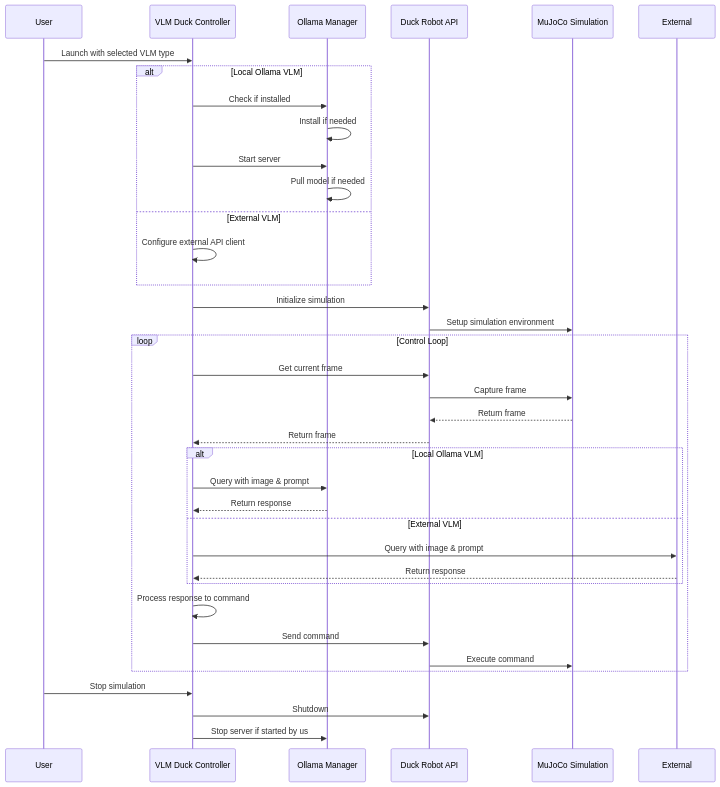
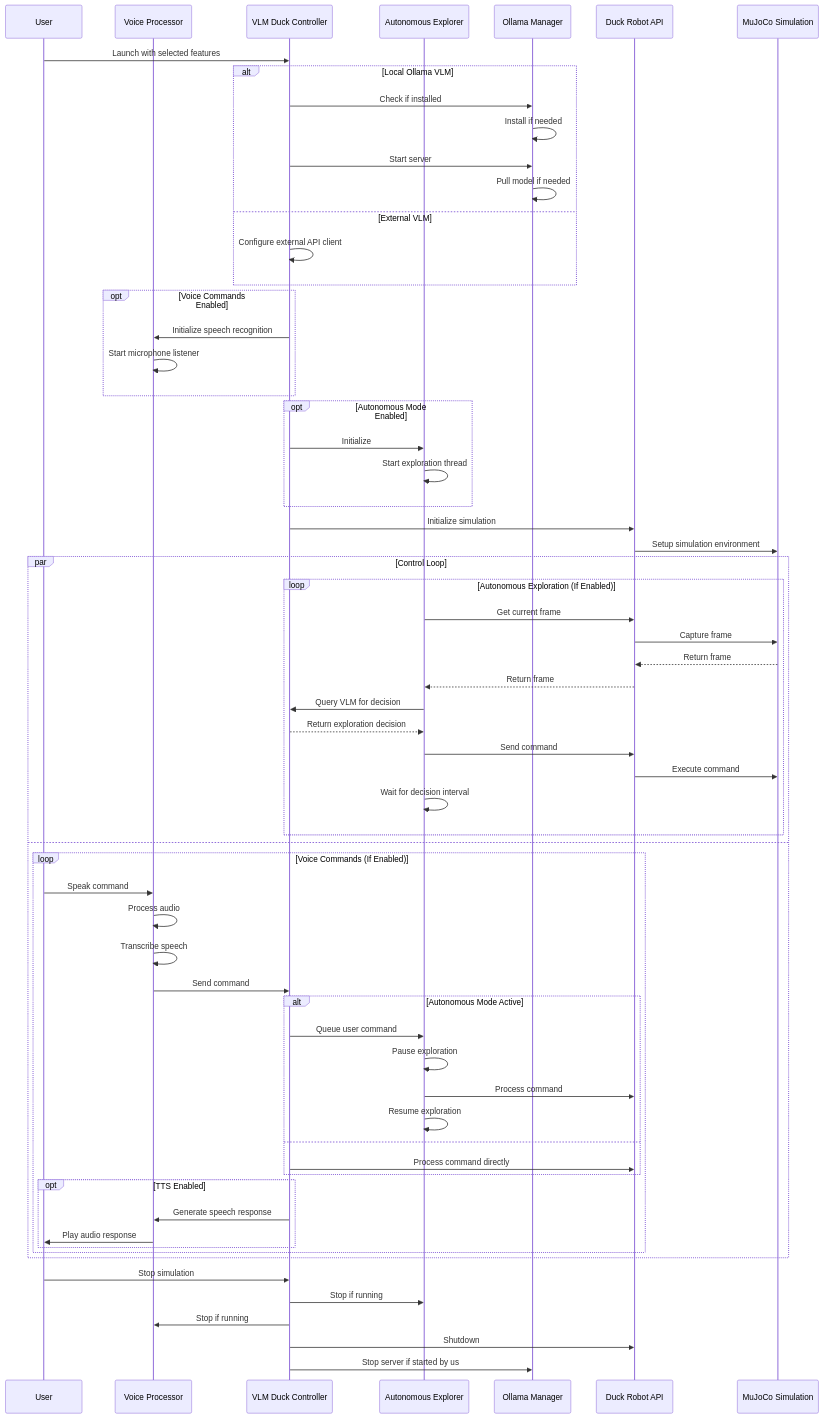
Before and after one commit to Aronnaxx/d00t: the second of 3 diagrams in README.md, drawn with Mermaid. The commit also changed other lines of this file and 4 other files, not shown here.

````diff
--- a/README.md
+++ b/README.md
@@ -36,45 +45,75 @@
 ```mermaid
 sequenceDiagram
     participant User
+    participant Voice as Voice Processor
     participant VLM as VLM Duck Controller
+    participant Explorer as Autonomous Explorer
     participant Ollama as Ollama Manager
     participant API as Duck Robot API
     participant MuJoCo as MuJoCo Simulation
 
-    User->>VLM: Launch with selected VLM type
+    User->>VLM: Launch with selected features
     
     alt Local Ollama VLM
         VLM->>Ollama: Check if installed
         Ollama->>Ollama: Install if needed
         VLM->>Ollama: Start server
         Ollama->>Ollama: Pull model if needed
     else External VLM
         VLM->>VLM: Configure external API client
     end
     
+    opt Voice Commands Enabled
+        VLM->>Voice: Initialize speech recognition
+        Voice->>Voice: Start microphone listener
+    end
+    
+    opt Autonomous Mode Enabled
+        VLM->>Explorer: Initialize
+        Explorer->>Explorer: Start exploration thread
+    end
+    
     VLM->>API: Initialize simulation
     API->>MuJoCo: Setup simulation environment
     
-    loop Control Loop
-        VLM->>API: Get current frame
-        API->>MuJoCo: Capture frame
-        MuJoCo-->>API: Return frame
-        API-->>VLM: Return frame
-        
-        alt Local Ollama VLM
-            VLM->>Ollama: Query with image & prompt
-            Ollama-->>VLM: Return response
-        else External VLM
-            VLM->>External: Query with image & prompt
-            External-->>VLM: Return response
+    par Control Loop
+        loop Autonomous Exploration (If Enabled)
+            Explorer->>API: Get current frame
+            API->>MuJoCo: Capture frame
+            MuJoCo-->>API: Return frame
+            API-->>Explorer: Return frame
+            Explorer->>VLM: Query VLM for decision
+            VLM-->>Explorer: Return exploration decision
+            Explorer->>API: Send command
+            API->>MuJoCo: Execute command
+            Explorer->>Explorer: Wait for decision interval
         end
-        
-        VLM->>VLM: Process response to command
-        VLM->>API: Send command
-        API->>MuJoCo: Execute command
+    and
+        loop Voice Commands (If Enabled)
+            User->>Voice: Speak command
+            Voice->>Voice: Process audio
+            Voice->>Voice: Transcribe speech
+            Voice->>VLM: Send command
+            
+            alt Autonomous Mode Active
+                VLM->>Explorer: Queue user command
+                Explorer->>Explorer: Pause exploration
+                Explorer->>API: Process command
+                Explorer->>Explorer: Resume exploration
+            else
+                VLM->>API: Process command directly
+            end
+            
+            opt TTS Enabled
+                VLM->>Voice: Generate speech response
+                Voice->>User: Play audio response
+            end
+        end
     end
     
     User->>VLM: Stop simulation
+    VLM->>Explorer: Stop if running
+    VLM->>Voice: Stop if running
     VLM->>API: Shutdown
     VLM->>Ollama: Stop server if started by us
 ```
````
